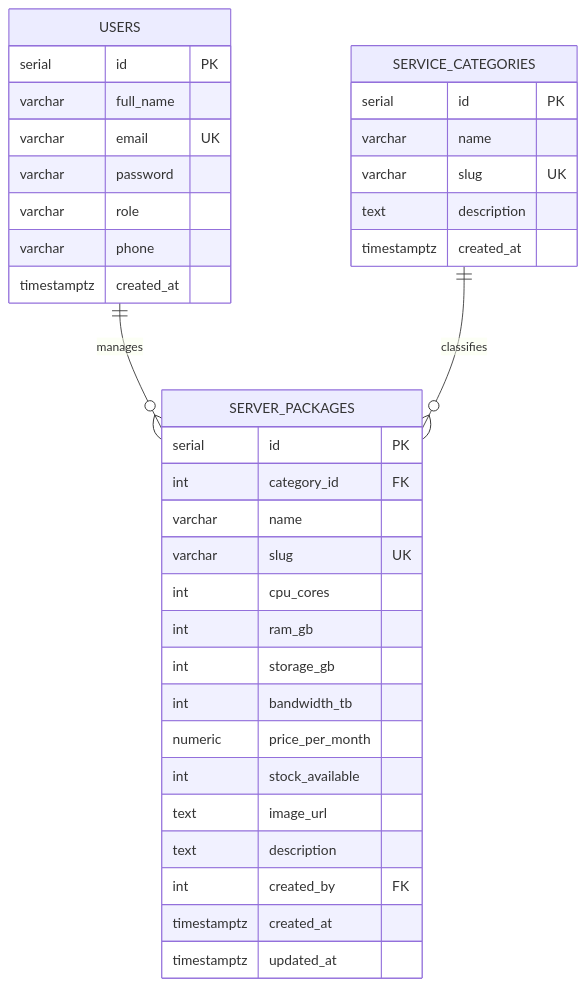
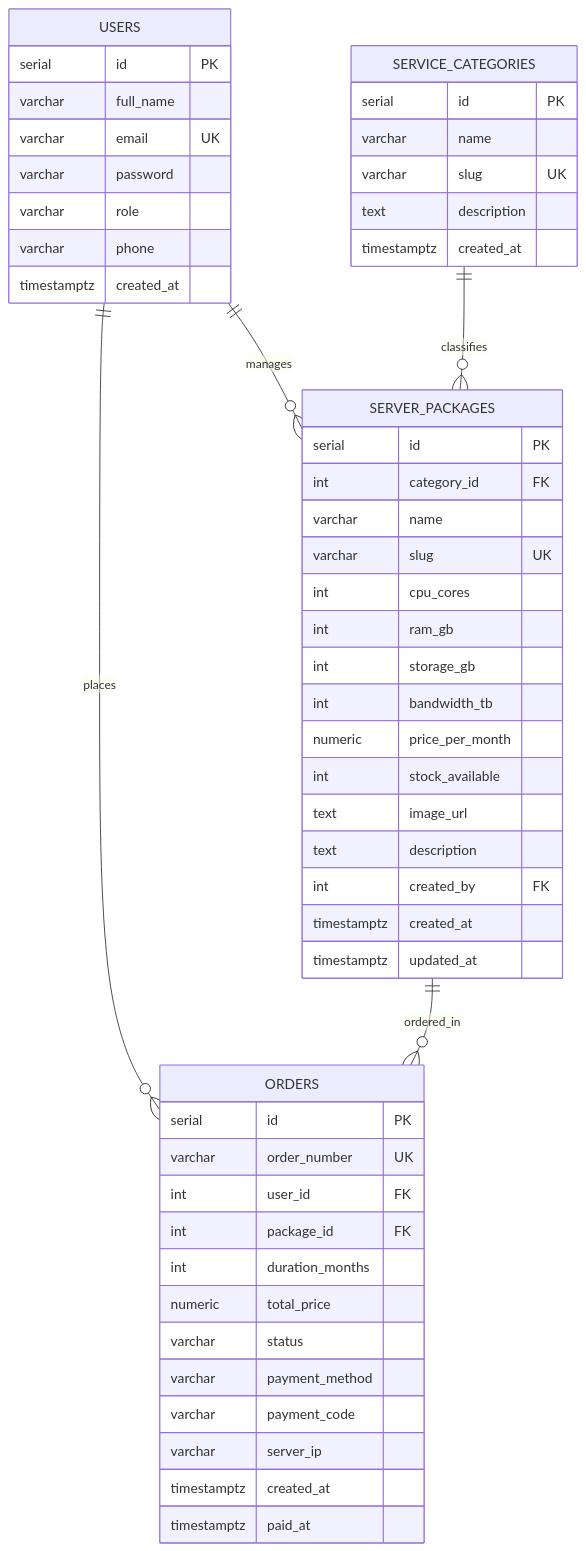
The fourth of 4 diagrams in docs/SRS_ServerCloud.md (rafiarrasyid123/Tugas-as-umkm-vps-cloud), drawn with Mermaid before and after one commit. The commit also changed other lines of this file and 7 other files, not shown here.

````diff
--- a/docs/SRS_ServerCloud.md
+++ b/docs/SRS_ServerCloud.md
@@ -253,41 +287,58 @@
 ```mermaid
 erDiagram
     USERS ||--o{ SERVER_PACKAGES : "manages"
     SERVICE_CATEGORIES ||--o{ SERVER_PACKAGES : "classifies"
+    USERS ||--o{ ORDERS : "places"
+    SERVER_PACKAGES ||--o{ ORDERS : "ordered_in"
 
     USERS {
         serial id PK
         varchar full_name
         varchar email UK
         varchar password
         varchar role
         varchar phone
         timestamptz created_at
     }
 
     SERVICE_CATEGORIES {
         serial id PK
         varchar name
         varchar slug UK
         text description
         timestamptz created_at
     }
 
     SERVER_PACKAGES {
         serial id PK
         int category_id FK
         varchar name
         varchar slug UK
         int cpu_cores
         int ram_gb
         int storage_gb
         int bandwidth_tb
         numeric price_per_month
         int stock_available
         text image_url
         text description
         int created_by FK
         timestamptz created_at
         timestamptz updated_at
     }
+
+    ORDERS {
+        serial id PK
+        varchar order_number UK
+        int user_id FK
+        int package_id FK
+        int duration_months
+        numeric total_price
+        varchar status
+        varchar payment_method
+        varchar payment_code
+        varchar server_ip
+        timestamptz created_at
+        timestamptz paid_at
+    }
 ```
````
